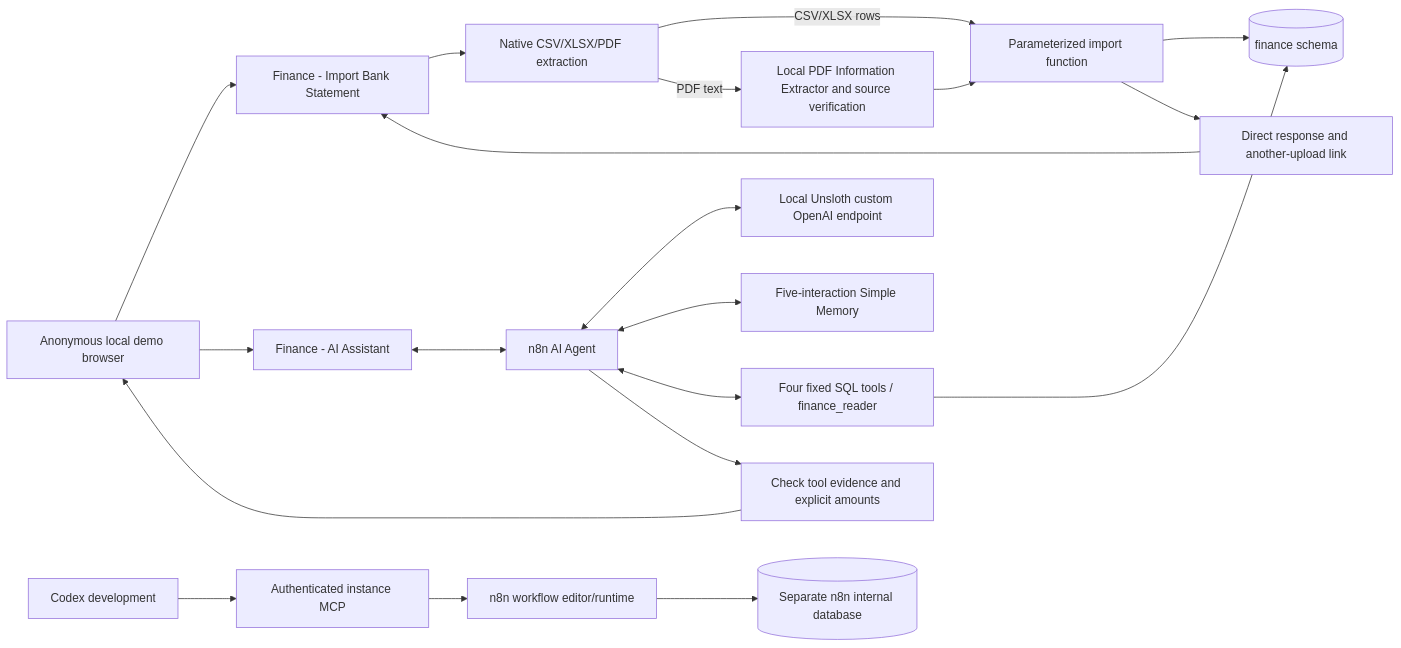
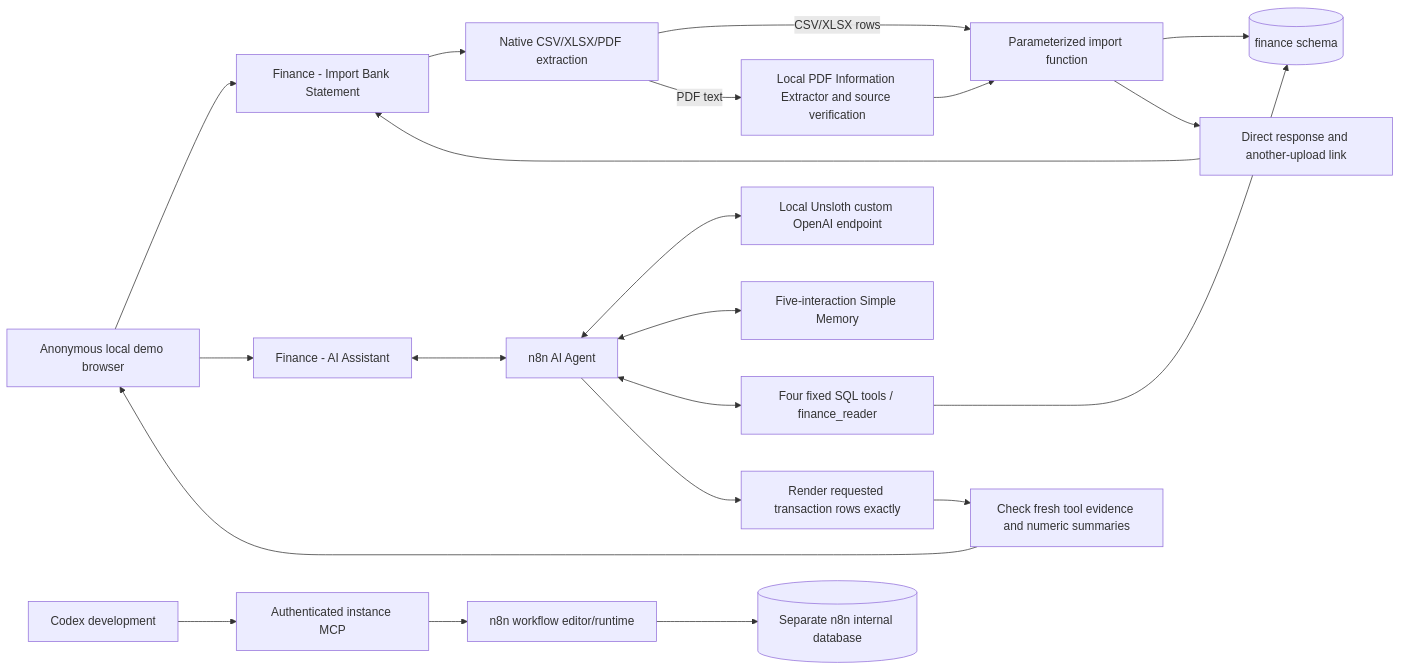
Before and after one commit to HajekMartin/agents-course-laba: the diagram in 02/docs/architecture.md, drawn with Mermaid. The commit also changed other lines of this file and 8 other files, not shown here.

````diff
--- a/02/docs/architecture.md
+++ b/02/docs/architecture.md
@@ -6,22 +6,23 @@
 ```mermaid
 flowchart LR
   Browser[Anonymous local demo browser] --> Import[Finance - Import Bank Statement]
   Import --> Extract[Native CSV/XLSX/PDF extraction]
   Extract -->|CSV/XLSX rows| Writer[Parameterized import function]
   Extract -->|PDF text| PDF[Local PDF Information Extractor and source verification]
   PDF --> Writer
   Writer --> Finance[(finance schema)]
   Writer --> Summary[Direct response and another-upload link]
   Summary --> Import
   Browser --> Chat[Finance - AI Assistant]
   Chat <--> Agent[n8n AI Agent]
   Agent <--> Model[Local Unsloth custom OpenAI endpoint]
   Agent <--> Memory[Five-interaction Simple Memory]
   Agent <--> Tools[Four fixed SQL tools / finance_reader]
   Tools --> Finance
-  Agent --> Guard[Check tool evidence and explicit amounts]
+  Agent --> Render[Render requested transaction rows exactly]
+  Render --> Guard[Check fresh tool evidence and numeric summaries]
   Guard --> Browser
   Codex[Codex development] --> MCP[Authenticated instance MCP]
   MCP --> Editor[n8n workflow editor/runtime]
   Editor --> Internal[(Separate n8n internal database)]
 ```
````
